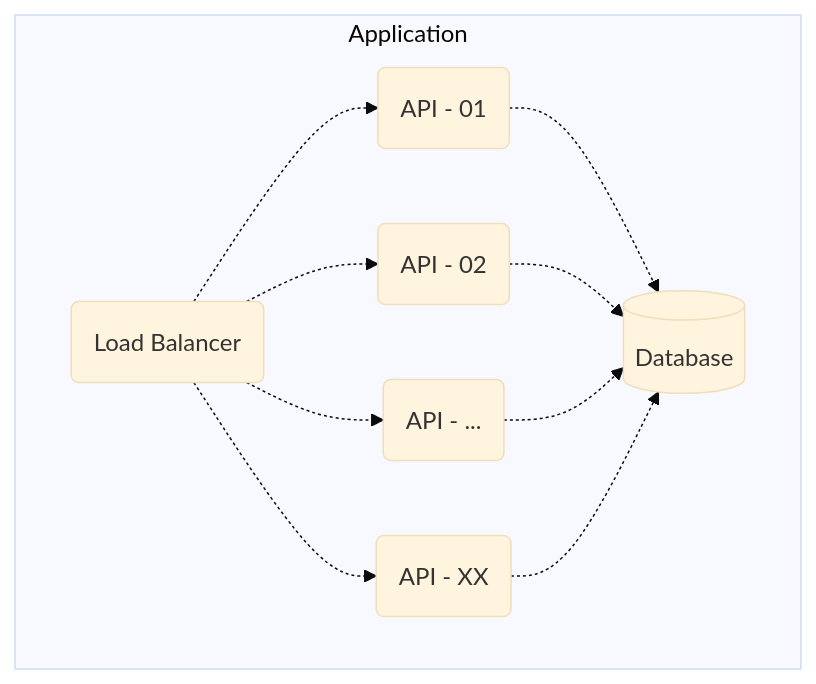
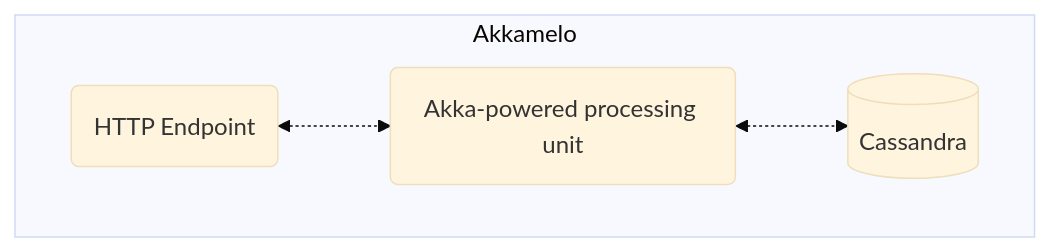
The diagram in README.md (Rachael-Smith-Stars/akkamelo-template), drawn with Mermaid (base theme) before and after one commit. The commit also changed other lines of this file, not shown here.

````diff
--- a/README.md
+++ b/README.md
@@ -22,13 +21,7 @@
 ```mermaid
 flowchart TD
-    subgraph Application
-        LB(Load Balancer) -.-> API1(API - 01)
-        LB -.-> API2(API - 02)
-        LB -.-> APIddd(API - ...)
-        LB -.-> APIX(API - XX)
-        API1 -.-> Db[(Database)]
-        API2 -.-> Db[(Database)]
-        APIddd -.-> Db[(Database)]
-        APIX -.-> Db[(Database)]
+    subgraph Akkamelo
+        EP(HTTP Endpoint) <-.-> API(Akka-powered processing unit)
+        API <-.-> Db[(Cassandra)]
     end
 ```
````
